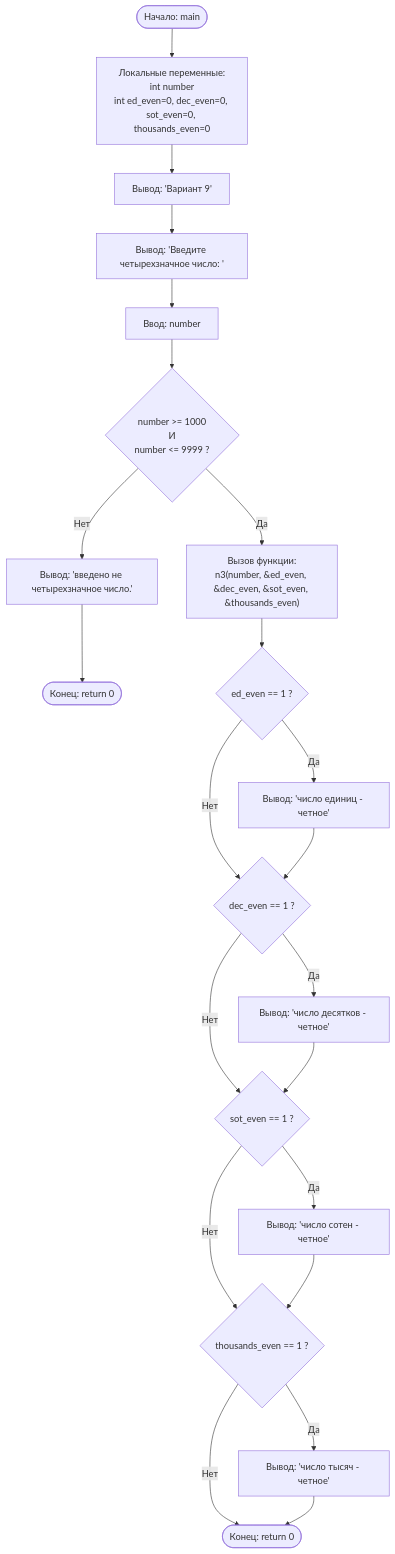
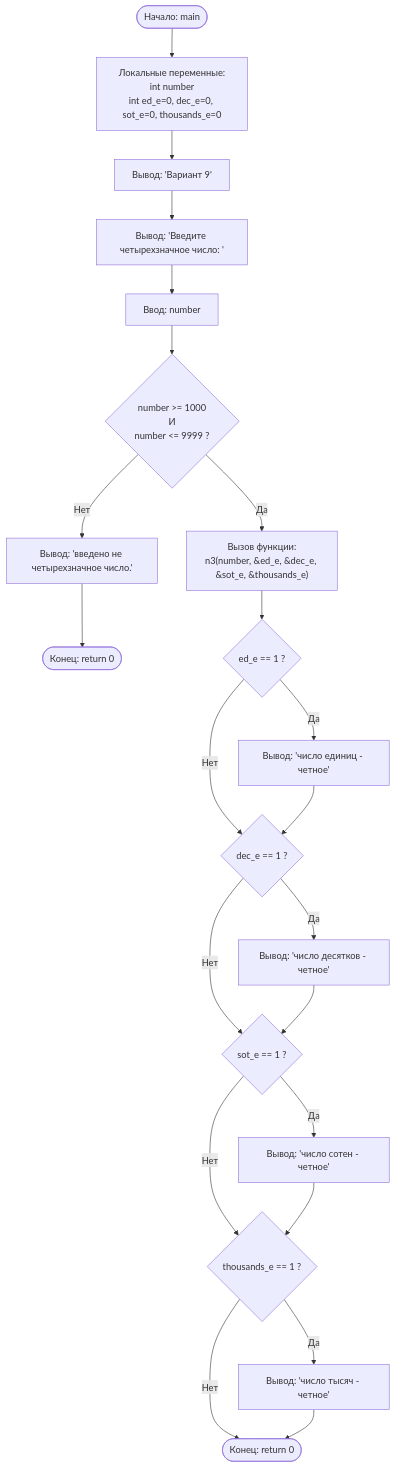
One commit to Annarioos/Lab6 changed the first of 2 diagrams in README.md. Above: the diagram before and after it, drawn with Mermaid.

````diff
--- a/README.md
+++ b/README.md
@@ -2,31 +2,31 @@
 ```mermaid
 flowchart TD
-    Start([Начало: main]) --> Init[Локальные переменные:<br>int number<br>int ed_even=0, dec_even=0, sot_even=0, thousands_even=0]
+    Start([Начало: main]) --> Init[Локальные переменные:<br>int number<br>int ed_e=0, dec_e=0, sot_e=0, thousands_e=0]
     Init --> PrintVar["Вывод: 'Вариант 9'"]
     PrintVar --> PrintPrompt["Вывод: 'Введите четырехзначное число: '"]
     PrintPrompt --> Input[Ввод: number]
     
     Input --> CondValid{number >= 1000<br>И<br>number <= 9999 ?}
     
     CondValid -- Нет --> PrintError["Вывод: 'введено не четырехзначное число.'"]
     PrintError --> EndError([Конец: return 0])
     
-    CondValid -- Да --> CallN3["Вызов функции:<br>n3(number, &ed_even, &dec_even, &sot_even, &thousands_even)"]
+    CondValid -- Да --> CallN3["Вызов функции:<br>n3(number, &ed_e, &dec_e, &sot_e, &thousands_e)"]
     
-    CallN3 --> CondEd{ed_even == 1 ?}
+    CallN3 --> CondEd{ed_e == 1 ?}
     CondEd -- Да --> PrintEd["Вывод: 'число единиц - четное'"]
-    CondEd -- Нет --> CondDec{dec_even == 1 ?}
+    CondEd -- Нет --> CondDec{dec_e == 1 ?}
     PrintEd --> CondDec
     
     CondDec -- Да --> PrintDec["Вывод: 'число десятков - четное'"]
-    CondDec -- Нет --> CondSot{sot_even == 1 ?}
+    CondDec -- Нет --> CondSot{sot_e == 1 ?}
     PrintDec --> CondSot
     
     CondSot -- Да --> PrintSot["Вывод: 'число сотен - четное'"]
-    CondSot -- Нет --> CondTh{thousands_even == 1 ?}
+    CondSot -- Нет --> CondTh{thousands_e == 1 ?}
     PrintSot --> CondTh
     
     CondTh -- Да --> PrintTh["Вывод: 'число тысяч - четное'"]
     CondTh -- Нет --> EndSuccess([Конец: return 0])
     PrintTh --> EndSuccess
 ```
````
